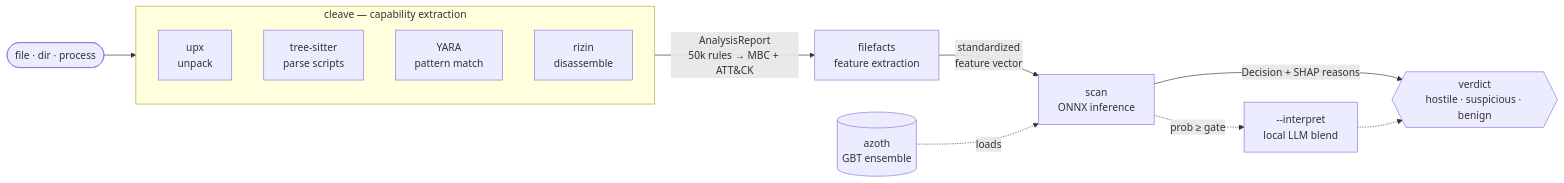
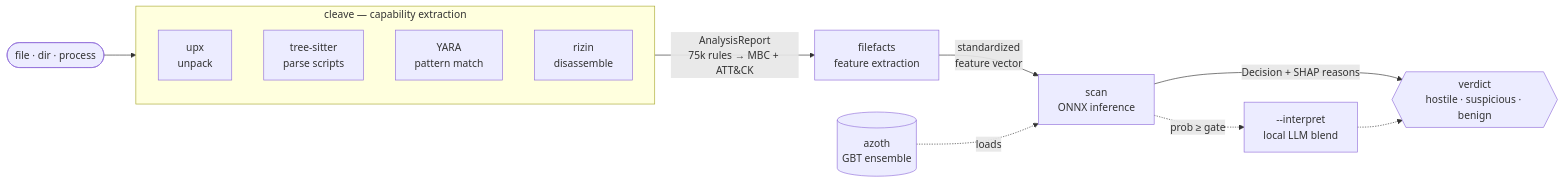
Before and after one commit to atomdrift-project/scan: the diagram in README.md, drawn with Mermaid. The commit also changed other lines of this file, not shown here.

````diff
--- a/README.md
+++ b/README.md
@@ -36,28 +31,28 @@
 ```mermaid
 flowchart LR
     IN([file · dir · process]) --> CLEAVE
 
     subgraph CLEAVE[cleave — capability extraction]
         direction TB
         UPX[upx<br/>unpack]
         TS[tree-sitter<br/>parse scripts]
         YARA[YARA<br/>pattern match]
         RIZIN[rizin<br/>disassemble]
     end
 
-    CLEAVE -->|AnalysisReport<br/>50k rules → MBC + ATT&CK| FF[filefacts<br/>feature extraction]
+    CLEAVE -->|AnalysisReport<br/>75k rules → MBC + ATT&CK| FF[filefacts<br/>feature extraction]
     FF -->|standardized<br/>feature vector| SCAN[scan<br/>ONNX inference]
     AZOTH[(azoth<br/>GBT ensemble)] -.loads.-> SCAN
     SCAN -->|Decision + SHAP reasons| OUT{{verdict<br/>hostile · suspicious · benign}}
     SCAN -.->|prob ≥ gate| INTERPRET[--interpret<br/>local LLM blend]
     INTERPRET -.-> OUT
 
     click CLEAVE "https://atomdrift.org/cleave" _blank
     click FF "https://atomdrift.org/filefacts" _blank
     click AZOTH "https://atomdrift.org/azoth" _blank
     click SCAN "https://atomdrift.org/scan" _blank
     click UPX "https://upx.github.io/" _blank
     click TS "https://tree-sitter.github.io/tree-sitter/" _blank
     click YARA "https://virustotal.github.io/yara-x/" _blank
     click RIZIN "https://rizin.re/" _blank
 ```
````
